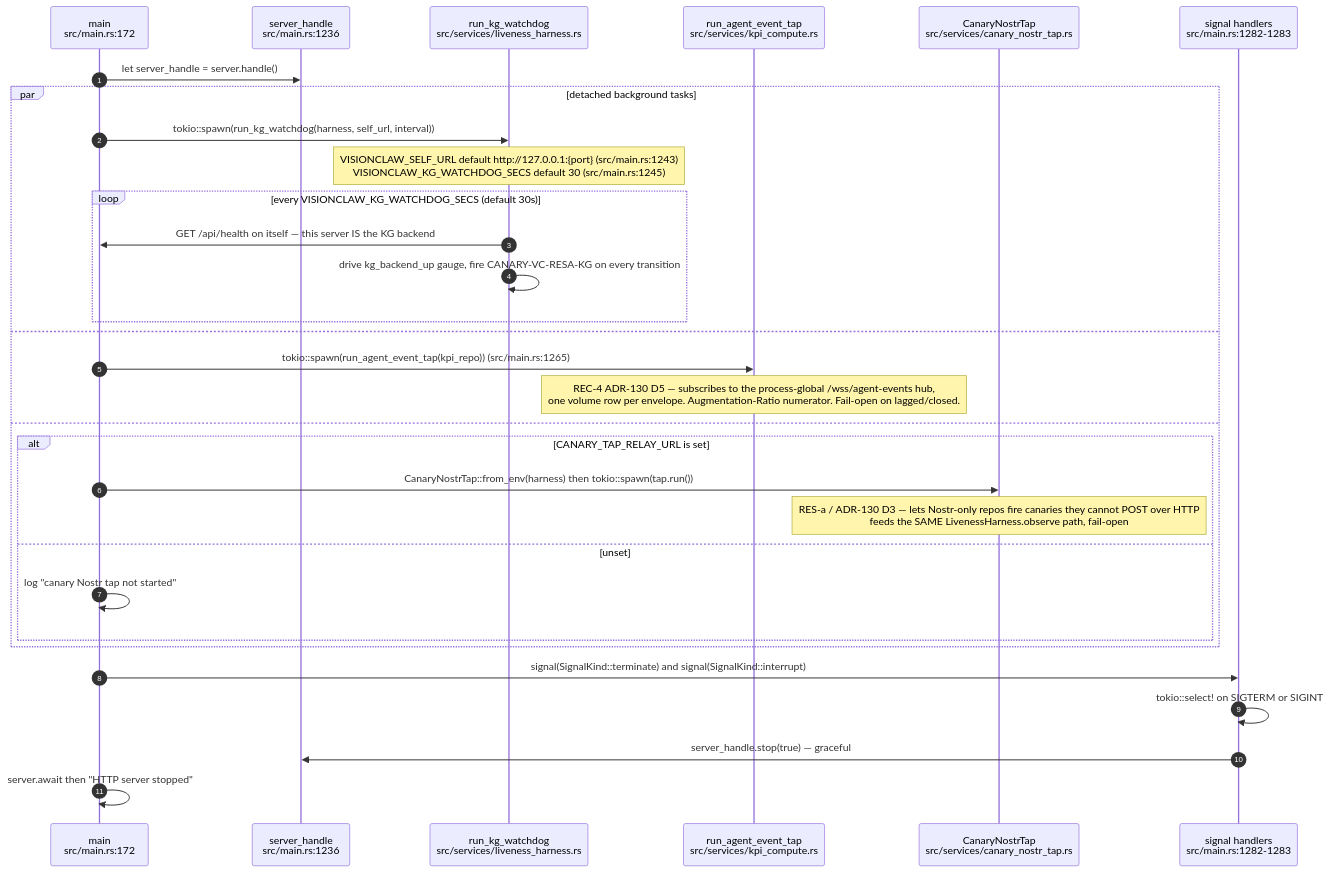
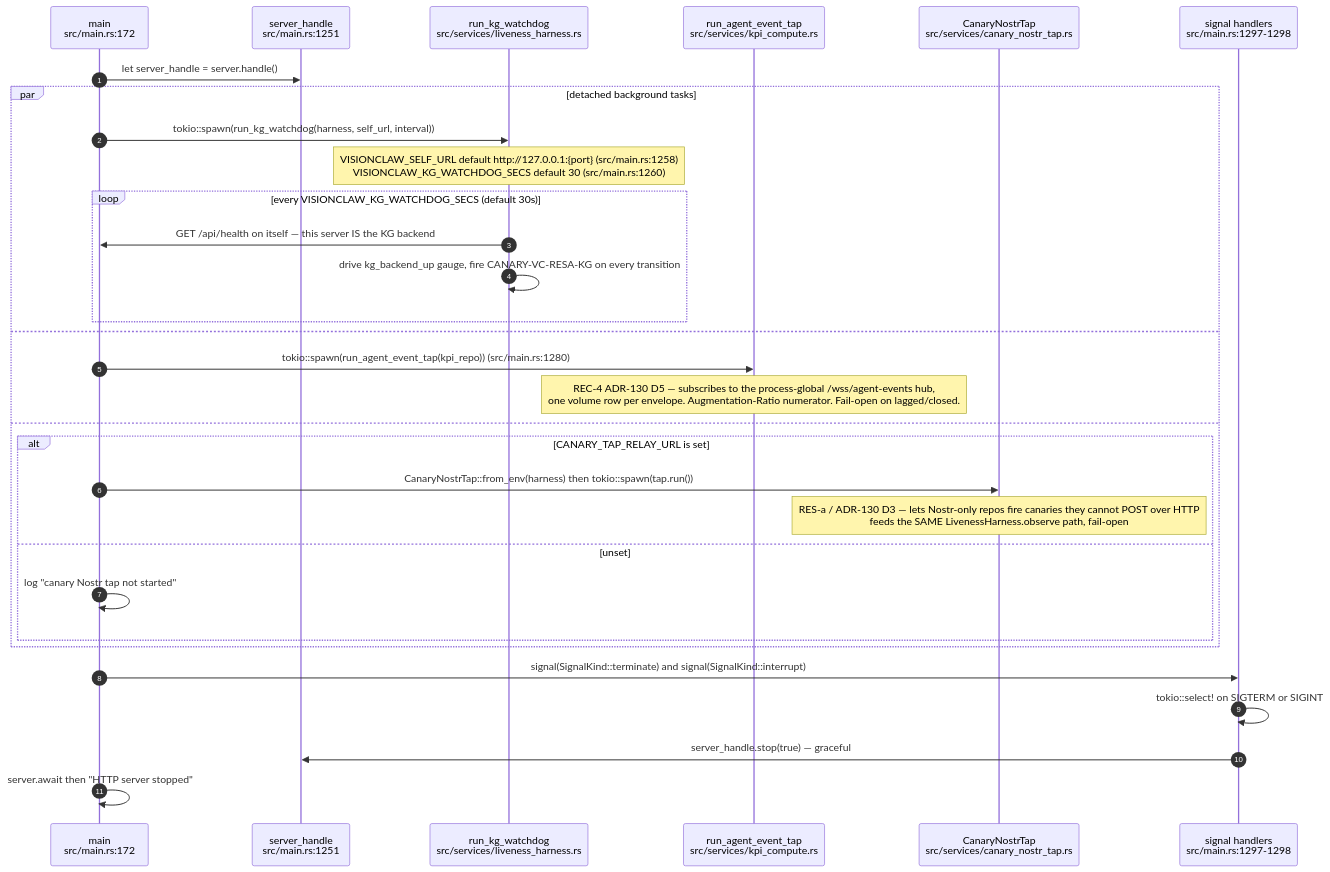
The seventh of 13 diagrams in docs/diagrams/visionclaw/01-boot-and-app-state.md (DreamLab-AI/VisionFlow), drawn with Mermaid before and after one commit. The commit also changed other lines of this file and 4 other files, not shown here.

Commit message:
docs(diagrams): visionclaw 01 and 04 after the graph_state_handler removal

````diff
--- a/docs/diagrams/visionclaw/01-boot-and-app-state.md
+++ b/docs/diagrams/visionclaw/01-boot-and-app-state.md
@@ -328,34 +328,34 @@
 ```mermaid
 sequenceDiagram
     autonumber
     participant M as main<br/>src/main.rs:172
-    participant SH as server_handle<br/>src/main.rs:1236
+    participant SH as server_handle<br/>src/main.rs:1251
     participant WD as run_kg_watchdog<br/>src/services/liveness_harness.rs
     participant TAP as run_agent_event_tap<br/>src/services/kpi_compute.rs
     participant CT as CanaryNostrTap<br/>src/services/canary_nostr_tap.rs
-    participant SIG as signal handlers<br/>src/main.rs:1282-1283
+    participant SIG as signal handlers<br/>src/main.rs:1297-1298
 
     M->>SH: let server_handle = server.handle()
     par detached background tasks
         M->>WD: tokio::spawn(run_kg_watchdog(harness, self_url, interval))
-        Note over WD: VISIONCLAW_SELF_URL default http://127.0.0.1:{port} (src/main.rs:1243)<br/>VISIONCLAW_KG_WATCHDOG_SECS default 30 (src/main.rs:1245)
+        Note over WD: VISIONCLAW_SELF_URL default http://127.0.0.1:{port} (src/main.rs:1258)<br/>VISIONCLAW_KG_WATCHDOG_SECS default 30 (src/main.rs:1260)
         loop every VISIONCLAW_KG_WATCHDOG_SECS (default 30s)
             WD->>M: GET /api/health on itself — this server IS the KG backend
             WD->>WD: drive kg_backend_up gauge, fire CANARY-VC-RESA-KG on every transition
         end
     and
-        M->>TAP: tokio::spawn(run_agent_event_tap(kpi_repo)) (src/main.rs:1265)
+        M->>TAP: tokio::spawn(run_agent_event_tap(kpi_repo)) (src/main.rs:1280)
         Note over TAP: REC-4 ADR-130 D5 — subscribes to the process-global /wss/agent-events hub,<br/>one volume row per envelope. Augmentation-Ratio numerator. Fail-open on lagged/closed.
     and
         alt CANARY_TAP_RELAY_URL is set
             M->>CT: CanaryNostrTap::from_env(harness) then tokio::spawn(tap.run())
             Note over CT: RES-a / ADR-130 D3 — lets Nostr-only repos fire canaries they cannot POST over HTTP<br/>feeds the SAME LivenessHarness.observe path, fail-open
         else unset
             M->>M: log "canary Nostr tap not started"
         end
     end
     M->>SIG: signal(SignalKind::terminate) and signal(SignalKind::interrupt)
     SIG->>SIG: tokio::select! on SIGTERM or SIGINT
     SIG->>SH: server_handle.stop(true) — graceful
     M->>M: server.await then "HTTP server stopped"
 ```
````
